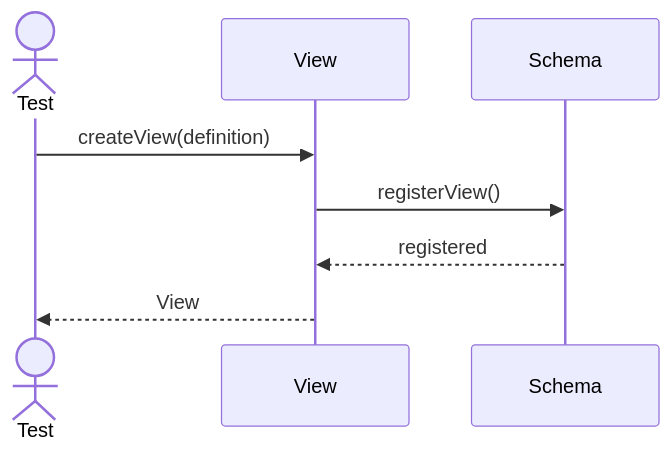
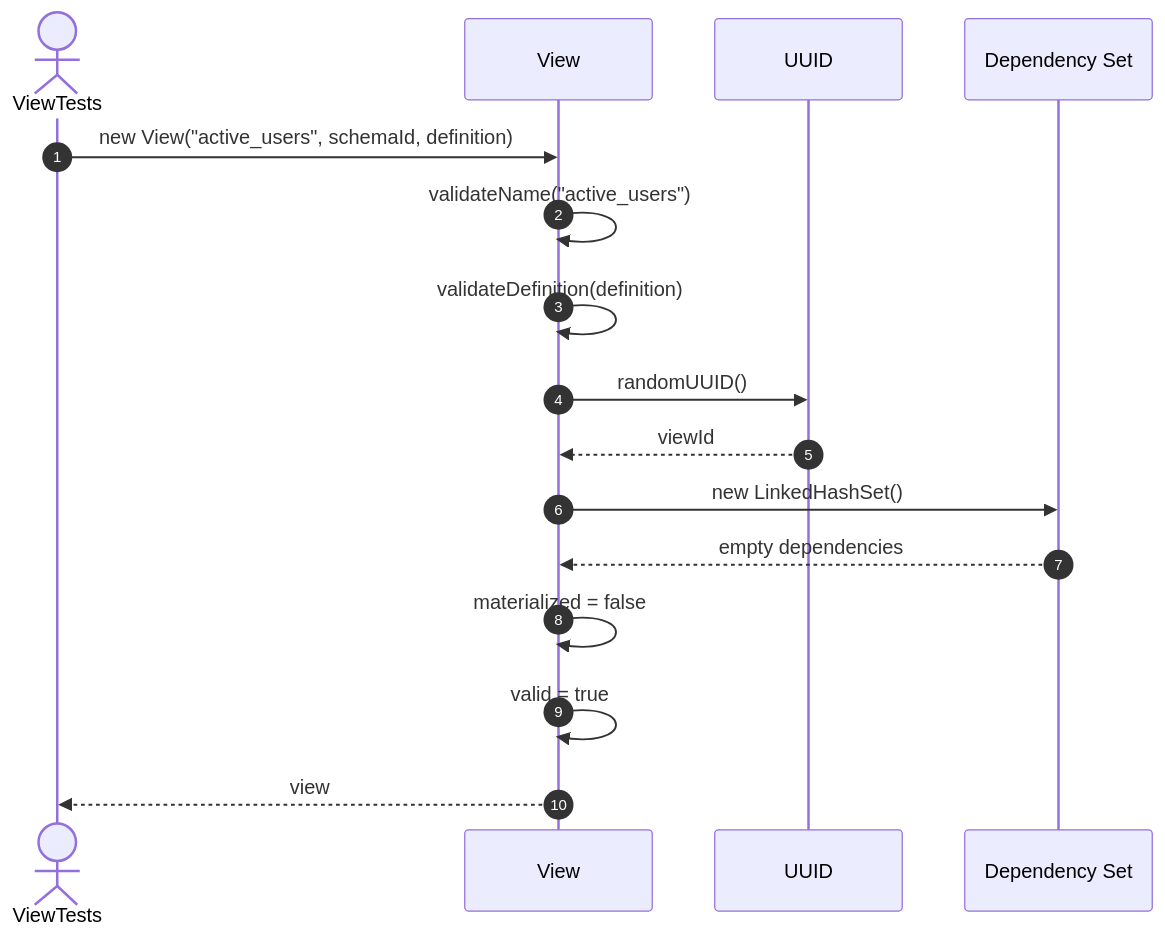
Before and after one commit to FhuAnn/-bbv-AN-s-DBMS: the first of 21 diagrams in src/tests/unit/metadata/sequences/view-testing.se.md, drawn with Mermaid. The commit also changed other lines of this file and 60 other files, not shown here.

````diff
--- a/src/tests/unit/metadata/sequences/view-testing.se.md
+++ b/src/tests/unit/metadata/sequences/view-testing.se.md
@@ -7,11 +5,19 @@
 ```mermaid
 sequenceDiagram
-actor Test
-participant View
-participant Schema
+    autonumber
+    actor Test as ViewTests
+    participant View as View
+    participant UUID as UUID
+    participant Dependencies as Dependency Set
 
-Test->>View: createView(definition)
-View->>Schema: registerView()
-Schema-->>View: registered
-View-->>Test: View
+    Test->>View: new View("active_users", schemaId, definition)
+    View->>View: validateName("active_users")
+    View->>View: validateDefinition(definition)
+    View->>UUID: randomUUID()
+    UUID-->>View: viewId
+    View->>Dependencies: new LinkedHashSet()
+    Dependencies-->>View: empty dependencies
+    View->>View: materialized = false
+    View->>View: valid = true
+    View-->>Test: view
 ```
````
